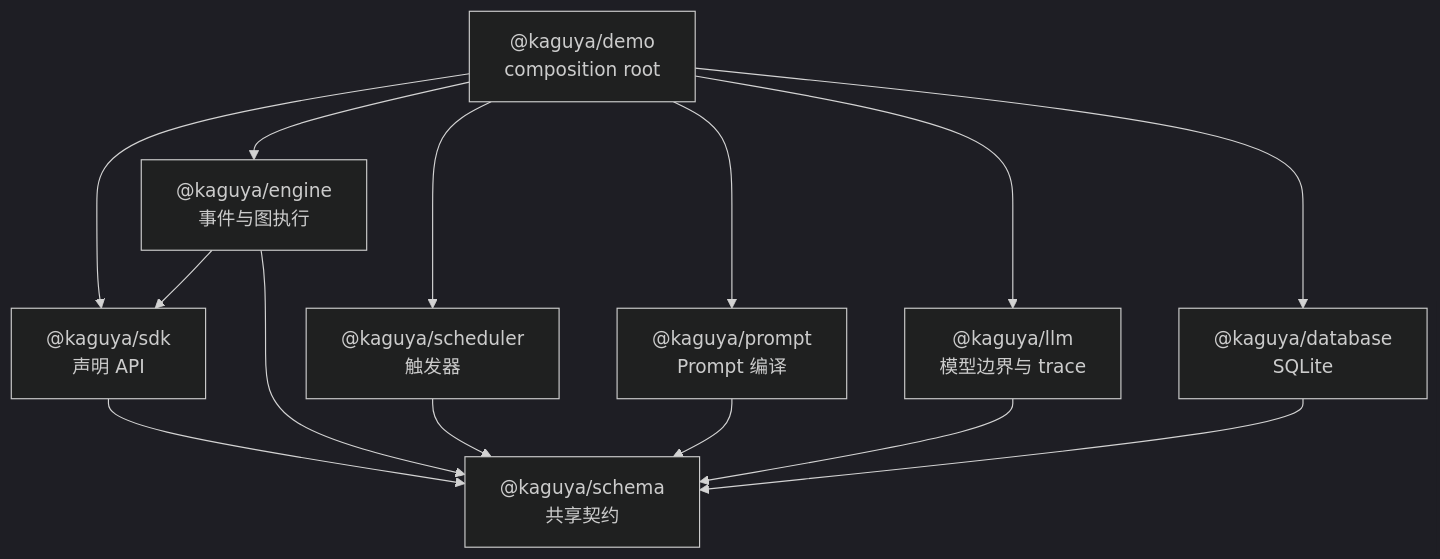
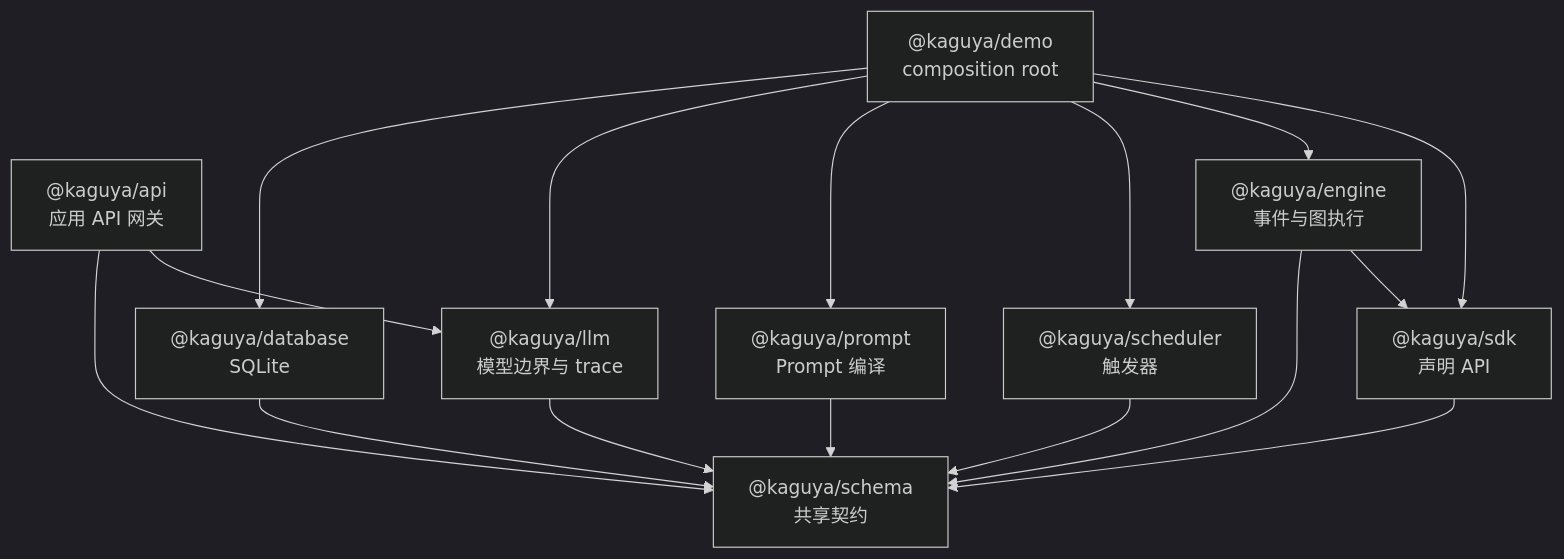
One commit to posanbu/Kaguya changed the first of 8 diagrams in docs/architecture.md. Above: the diagram before and after it, drawn with Mermaid (dark theme). The commit also changed other lines of this file and 17 other files, not shown here.

````diff
--- a/docs/architecture.md
+++ b/docs/architecture.md
@@ -23,25 +24,28 @@
 ```mermaid
 flowchart TD
+  API["@kaguya/api<br/>应用 API 网关"]
   Demo["@kaguya/demo<br/>composition root"]
   Schema["@kaguya/schema<br/>共享契约"]
   SDK["@kaguya/sdk<br/>声明 API"]
   Engine["@kaguya/engine<br/>事件与图执行"]
   Scheduler["@kaguya/scheduler<br/>触发器"]
   Prompt["@kaguya/prompt<br/>Prompt 编译"]
   LLM["@kaguya/llm<br/>模型边界与 trace"]
   DB["@kaguya/database<br/>SQLite"]
 
+  API --> LLM
+  API --> Schema
   Demo --> SDK
   Demo --> Engine
   Demo --> Scheduler
   Demo --> Prompt
   Demo --> LLM
   Demo --> DB
   SDK --> Schema
   Engine --> SDK
   Engine --> Schema
   Scheduler --> Schema
   Prompt --> Schema
   LLM --> Schema
   DB --> Schema
 ```
````
